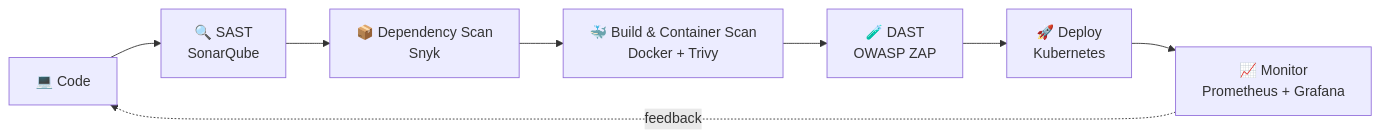
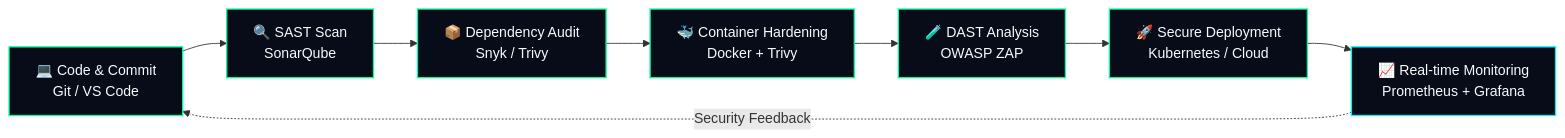
One commit to RezzaFairusNugraha/RezzaFairusNugraha changed the diagram in README.md. Above: the diagram before and after it, drawn with Mermaid. The commit also changed other lines of this file and 6 other files, not shown here.

````diff
--- a/README.md
+++ b/README.md
@@ -84,10 +93,15 @@
 ```mermaid
 flowchart LR
-    A[💻 Code] --> B[🔍 SAST<br/>SonarQube]
-    B --> C[📦 Dependency Scan<br/>Snyk]
-    C --> D[🐳 Build & Container Scan<br/>Docker + Trivy]
-    D --> E[🧪 DAST<br/>OWASP ZAP]
-    E --> F[🚀 Deploy<br/>Kubernetes]
-    F --> G[📈 Monitor<br/>Prometheus + Grafana]
-    G -.feedback.-> A
+    A[💻 Code & Commit<br/>Git / VS Code] --> B[🔍 SAST Scan<br/>SonarQube]
+    B --> C[📦 Dependency Audit<br/>Snyk / Trivy]
+    C --> D[🐳 Container Hardening<br/>Docker + Trivy]
+    D --> E[🧪 DAST Analysis<br/>OWASP ZAP]
+    E --> F[🚀 Secure Deployment<br/>Kubernetes / Cloud]
+    F --> G[📈 Real-time Monitoring<br/>Prometheus + Grafana]
+    G -.Security Feedback.-> A
+
+    classDef stage fill:#070c18,stroke:#00ff9d,stroke-width:1.5px,color:#f8fafc;
+    classDef monitor fill:#070c18,stroke:#00f2fe,stroke-width:1.5px,color:#f8fafc;
+    class A,B,C,D,E,F stage;
+    class G monitor;
 ```
````
